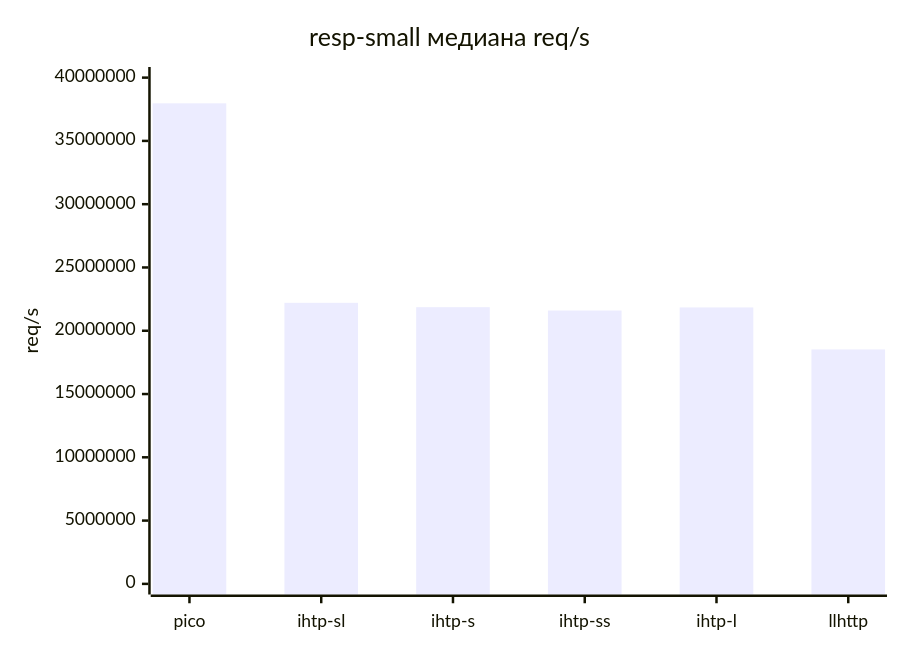
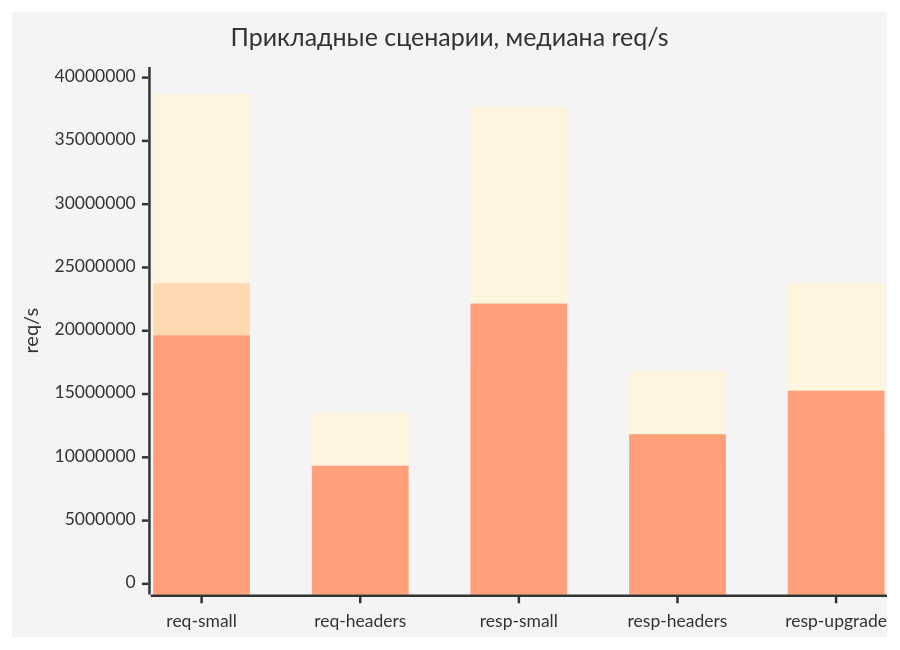
One commit to ioplane/iohttpparser changed the first of 2 diagrams in docs/ru/09-test-results.md. Above: the diagram before and after it, drawn with Mermaid. The commit also changed other lines of this file and 3 other files, not shown here.

````diff
--- a/docs/ru/09-test-results.md
+++ b/docs/ru/09-test-results.md
@@ -161,7 +116,10 @@
 ```mermaid
+%%{init: {'theme':'base','themeVariables': {'plotColorPalette':'#2563eb,#dc2626,#059669'}}}%%
 xychart-beta
-    title "resp-small медиана req/s"
-    x-axis ["pico", "ihtp-sl", "ihtp-s", "ihtp-ss", "ihtp-l", "llhttp"]
+    title "Прикладные сценарии, медиана req/s"
+    x-axis ["req-small", "req-headers", "resp-small", "resp-headers", "resp-upgrade"]
     y-axis "req/s" 0 --> 40000000
-    bar [37967472.13, 22206618.37, 21862006.79, 21599111.84, 21841803.53, 18525103.51]
+    bar [38695677.07, 13525043.61, 37669387.46, 16830116.55, 23766424.53]
+    bar [23759749.96, 7702701.60, 17006629.18, 9694390.17, 11994313.02]
+    bar [19635405.86, 9334685.68, 22148835.75, 11824577.19, 15261886.34]
 ```
````
